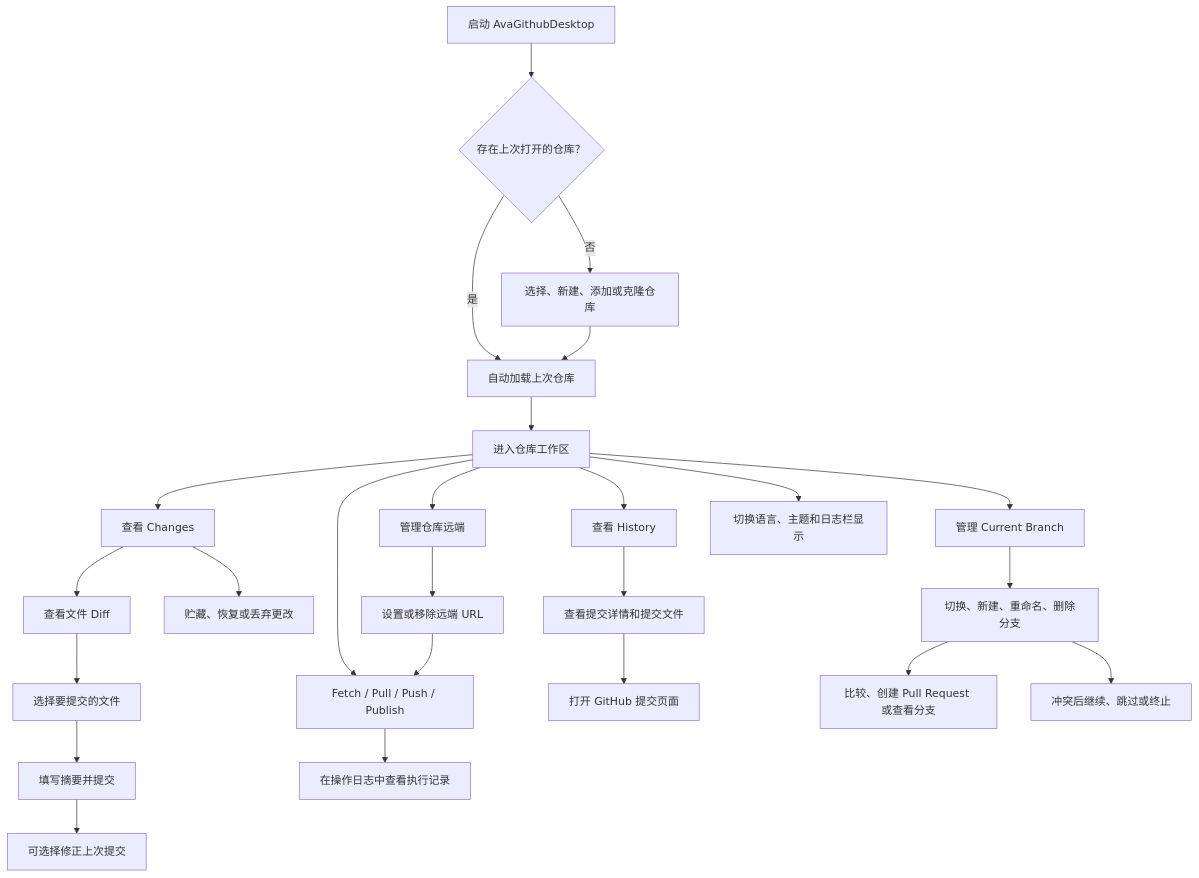
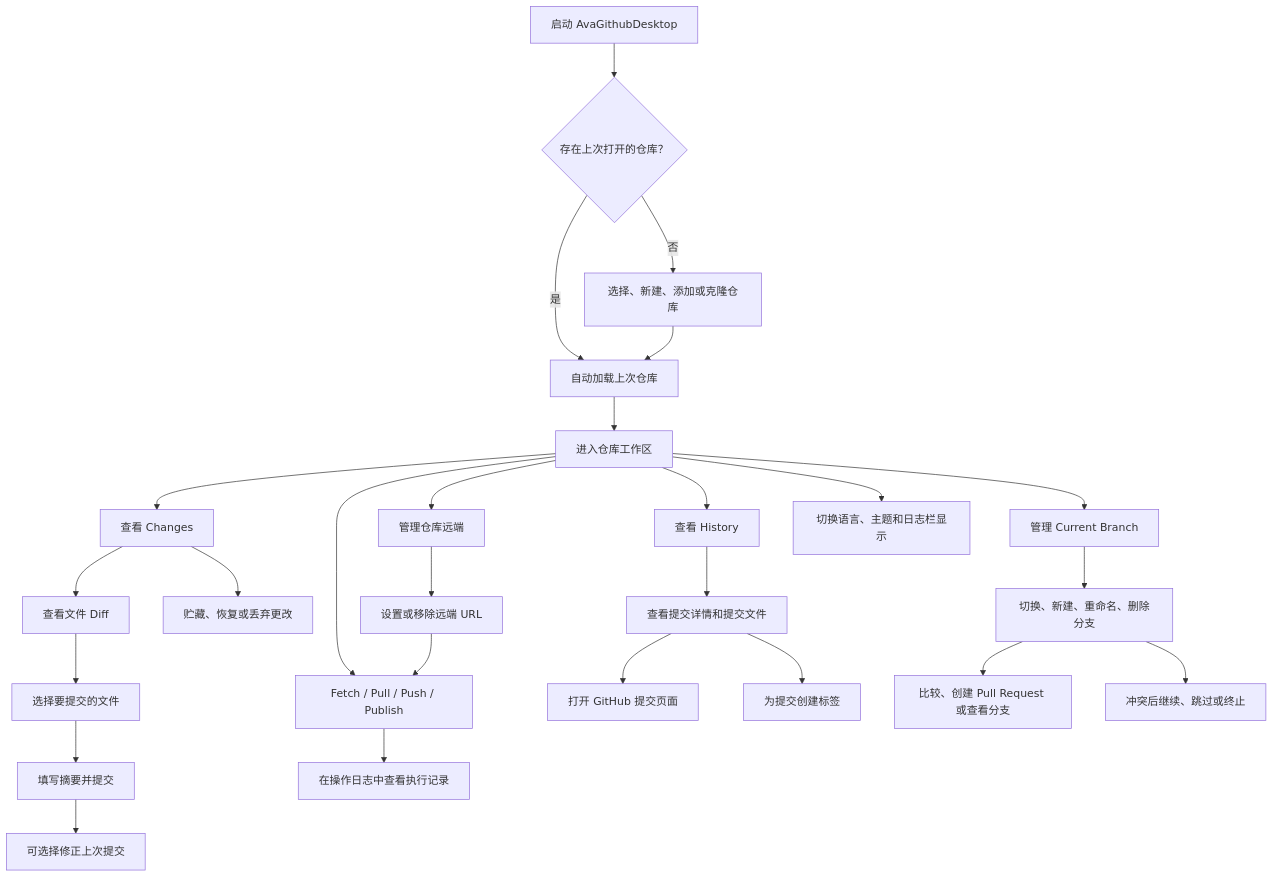
The diagram in docs/AvaGithubDesktop需求文档.md (dotnet9/AvaGithubDesktop), drawn with Mermaid before and after one commit. The commit also changed other lines of this file and 18 other files, not shown here.

Commit message:
feat: add commit tag creation

````diff
--- a/docs/AvaGithubDesktop需求文档.md
+++ b/docs/AvaGithubDesktop需求文档.md
@@ -37,27 +38,28 @@
 ```mermaid
 flowchart TD
     Start["启动 AvaGithubDesktop"] --> Restore{"存在上次打开的仓库？"}
     Restore -->|是| LoadRepo["自动加载上次仓库"]
     Restore -->|否| PickRepo["选择、新建、添加或克隆仓库"]
     PickRepo --> LoadRepo
     LoadRepo --> Workspace["进入仓库工作区"]
     Workspace --> Changes["查看 Changes"]
     Workspace --> History["查看 History"]
     Workspace --> Branch["管理 Current Branch"]
     Workspace --> Remote["管理仓库远端"]
     Workspace --> Sync["Fetch / Pull / Push / Publish"]
     Changes --> ReviewDiff["查看文件 Diff"]
     ReviewDiff --> SelectFiles["选择要提交的文件"]
     SelectFiles --> Commit["填写摘要并提交"]
     Commit --> Amend["可选择修正上次提交"]
     Changes --> Stash["贮藏、恢复或丢弃更改"]
     History --> CommitDetail["查看提交详情和提交文件"]
     CommitDetail --> OpenCommit["打开 GitHub 提交页面"]
+    CommitDetail --> CreateTag["为提交创建标签"]
     Branch --> BranchOps["切换、新建、重命名、删除分支"]
     BranchOps --> BranchGitHub["比较、创建 Pull Request 或查看分支"]
     BranchOps --> ConflictOps["冲突后继续、跳过或终止"]
     Remote --> RemoteOps["设置或移除远端 URL"]
     RemoteOps --> Sync
     Sync --> OperationLog["在操作日志中查看执行记录"]
     Workspace --> Settings["切换语言、主题和日志栏显示"]
 ```
````
